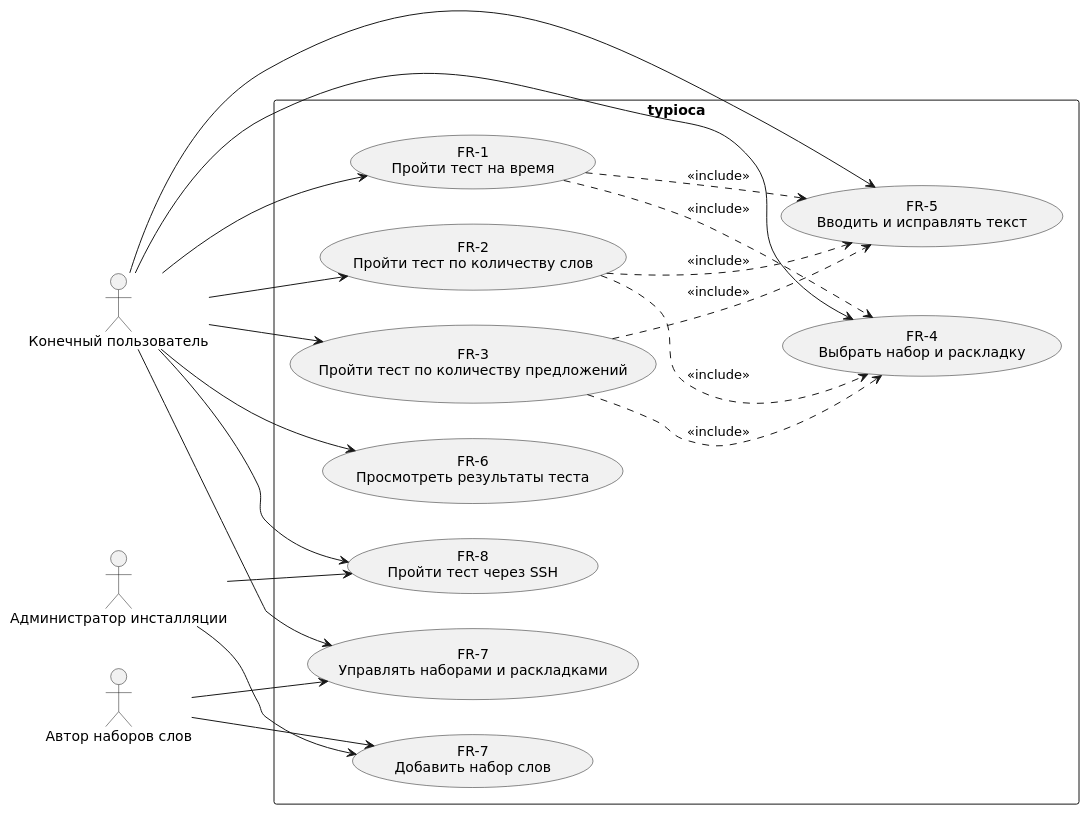
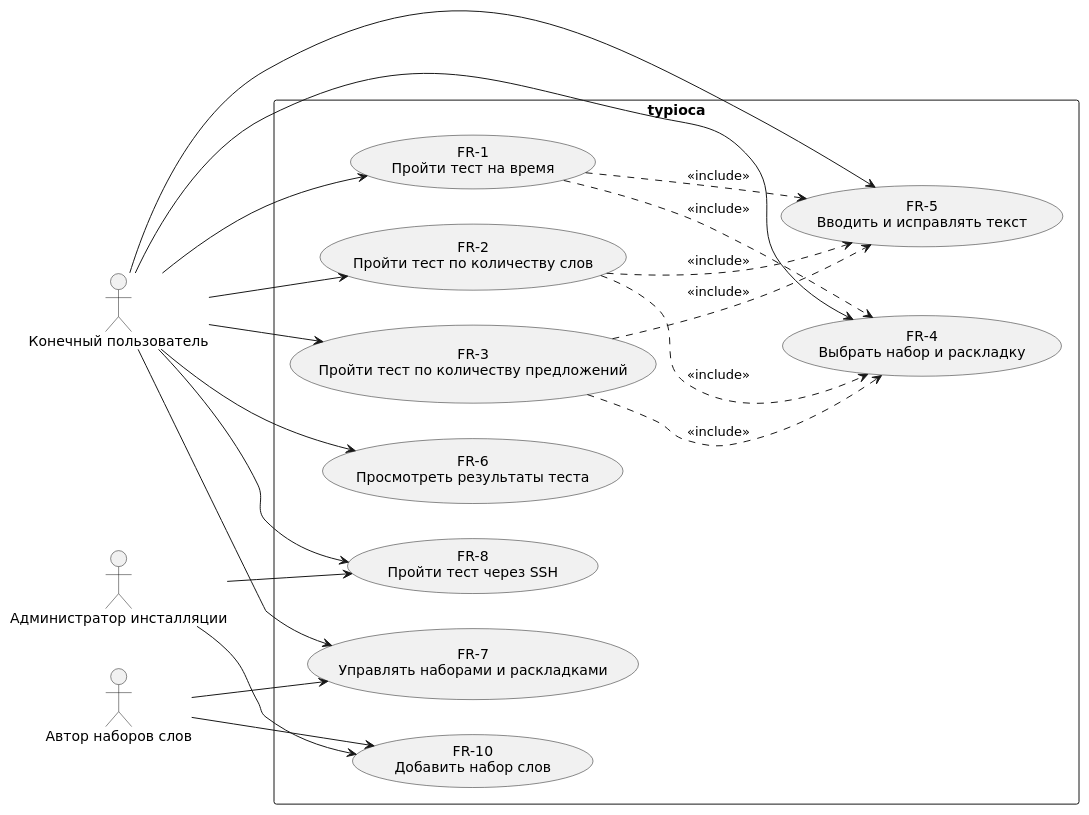
Before and after one commit to bloznelis/typioca: the diagram in docs/diagrams/use-cases.puml, drawn with PlantUML. The commit also changed 7 other files, not shown here.

```diff
--- a/docs/diagrams/use-cases.puml
+++ b/docs/diagrams/use-cases.puml
@@ -1,42 +1,42 @@
 @startuml use-cases
 skinparam defaultFontName "DejaVu Sans"
 skinparam backgroundColor white
 skinparam shadowing false
 left to right direction
 
 actor "Конечный пользователь" as user
 actor "Автор наборов слов" as author
 actor "Администратор инсталляции" as admin
 
 rectangle "typioca" {
   usecase "FR-1\nПройти тест на время" as uc1
   usecase "FR-2\nПройти тест по количеству слов" as uc2
   usecase "FR-3\nПройти тест по количеству предложений" as uc3
   usecase "FR-4\nВыбрать набор и раскладку" as uc4
   usecase "FR-5\nВводить и исправлять текст" as uc5
   usecase "FR-6\nПросмотреть результаты теста" as uc6
   usecase "FR-7\nУправлять наборами и раскладками" as uc7
   usecase "FR-8\nПройти тест через SSH" as uc8
-  usecase "FR-7\nДобавить набор слов" as uc9
+  usecase "FR-10\nДобавить набор слов" as uc9
 }
 
 user --> uc1
 user --> uc2
 user --> uc3
 user --> uc4
 user --> uc5
 user --> uc6
 user --> uc7
 user --> uc8
 author --> uc7
 author --> uc9
 admin --> uc8
 admin --> uc9
 
 uc1 ..> uc5 : <<include>>
 uc2 ..> uc5 : <<include>>
 uc3 ..> uc5 : <<include>>
 uc1 ..> uc4 : <<include>>
 uc2 ..> uc4 : <<include>>
 uc3 ..> uc4 : <<include>>
 @enduml
```
